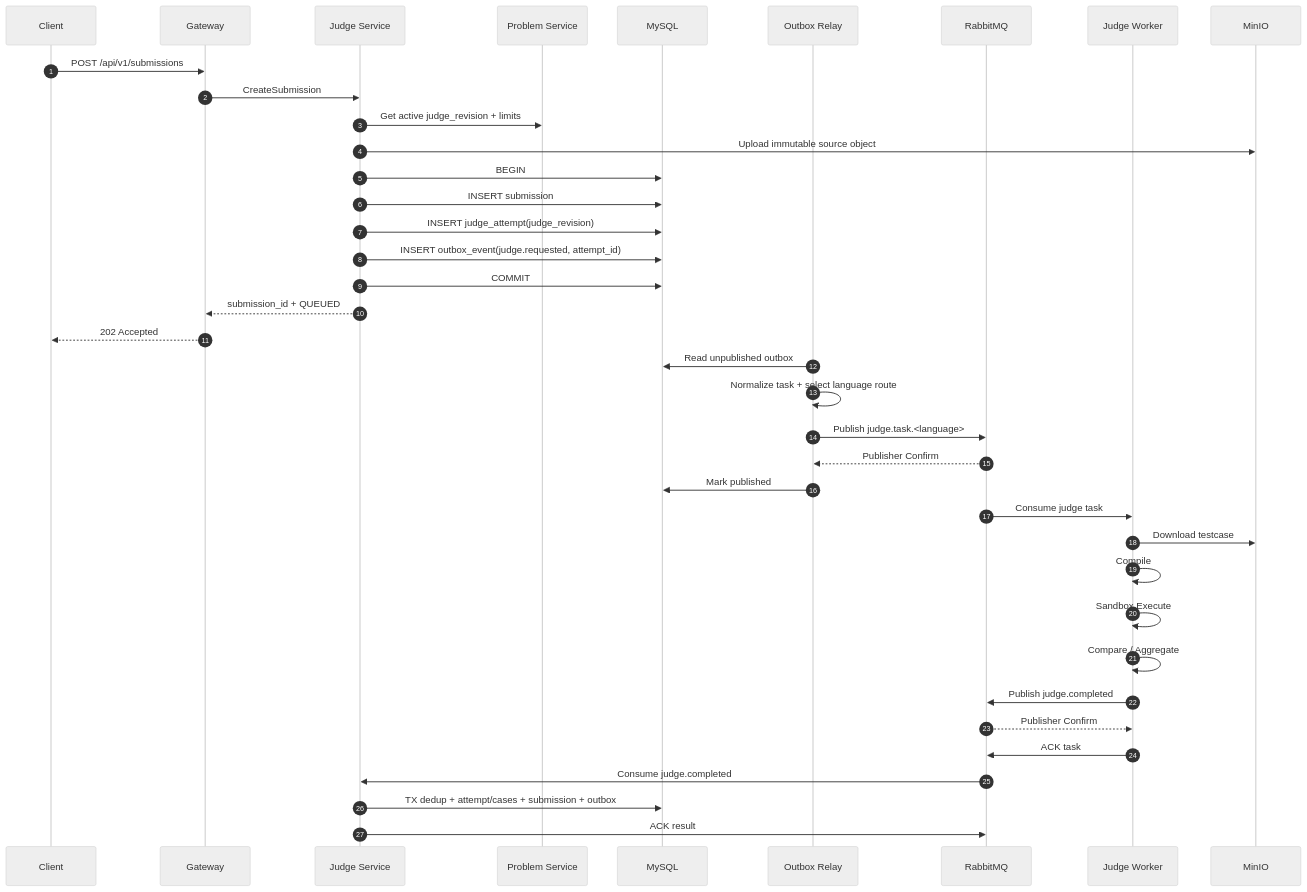
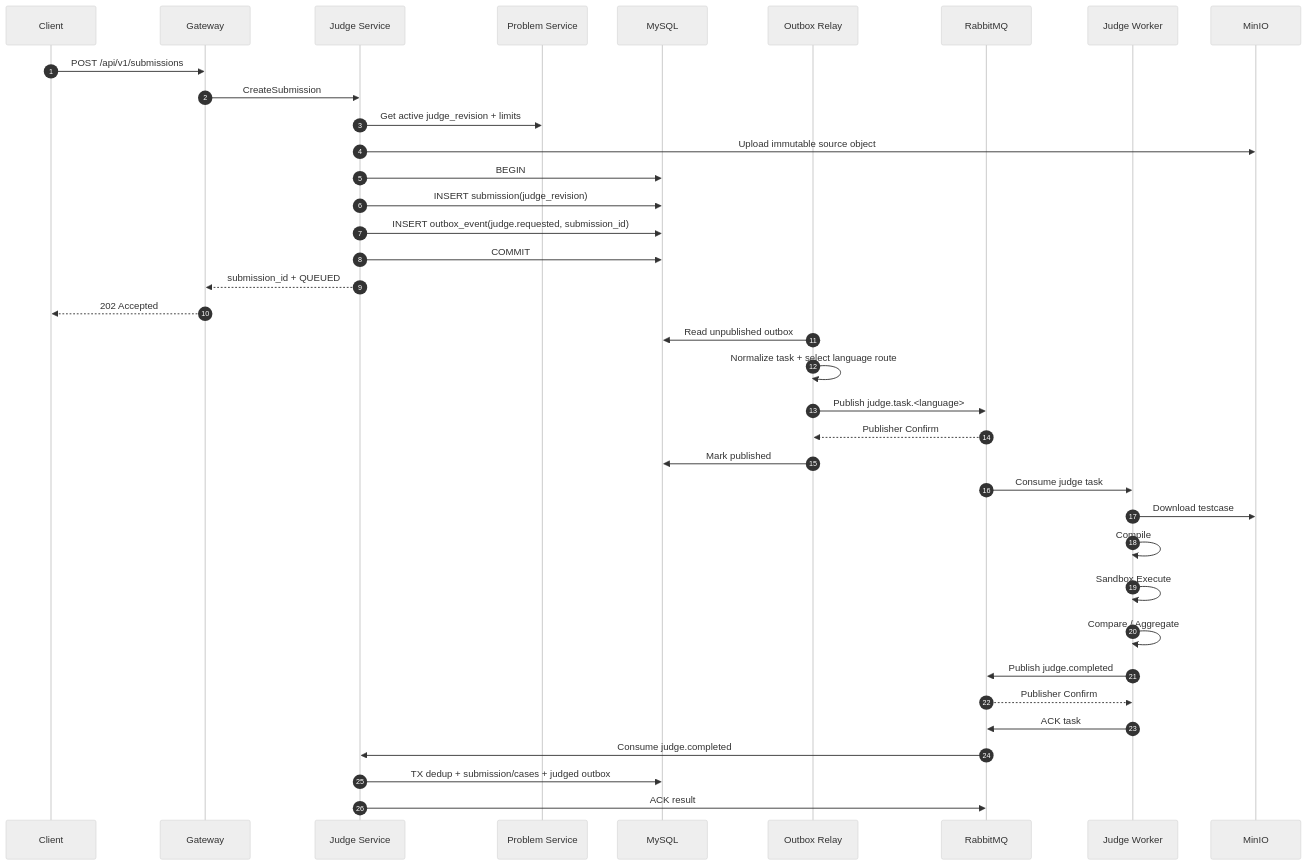
The second of 6 diagrams in docs/architecture.md (viggggil/go_oj_agent), drawn with Mermaid (neutral theme) before and after one commit. The commit also changed other lines of this file and 33 other files, not shown here.

Commit message:
feat(judge): define submission contract and bootstrap service (#80)

````diff
--- a/docs/architecture.md
+++ b/docs/architecture.md
@@ -284,48 +284,47 @@
 ```mermaid
 sequenceDiagram
     autonumber
 
     participant C as Client
     participant G as Gateway
     participant J as Judge Service
     participant P as Problem Service
     participant DB as MySQL
     participant O as Outbox Relay
     participant MQ as RabbitMQ
     participant JW as Judge Worker
     participant M as MinIO
 
     C->>G: POST /api/v1/submissions
     G->>J: CreateSubmission
     J->>P: Get active judge_revision + limits
     J->>M: Upload immutable source object
 
     J->>DB: BEGIN
-    J->>DB: INSERT submission
-    J->>DB: INSERT judge_attempt(judge_revision)
-    J->>DB: INSERT outbox_event(judge.requested, attempt_id)
+    J->>DB: INSERT submission(judge_revision)
+    J->>DB: INSERT outbox_event(judge.requested, submission_id)
     J->>DB: COMMIT
 
     J-->>G: submission_id + QUEUED
     G-->>C: 202 Accepted
 
     O->>DB: Read unpublished outbox
     O->>O: Normalize task + select language route
     O->>MQ: Publish judge.task.<language>
     MQ-->>O: Publisher Confirm
     O->>DB: Mark published
 
     MQ->>JW: Consume judge task
     JW->>M: Download testcase
     JW->>JW: Compile
     JW->>JW: Sandbox Execute
     JW->>JW: Compare / Aggregate
 
     JW->>MQ: Publish judge.completed
     MQ-->>JW: Publisher Confirm
     JW->>MQ: ACK task
 
     MQ->>J: Consume judge.completed
-    J->>DB: TX dedup + attempt/cases + submission + outbox
+    J->>DB: TX dedup + submission/cases + judged outbox
     J->>MQ: ACK result
 ```
````
